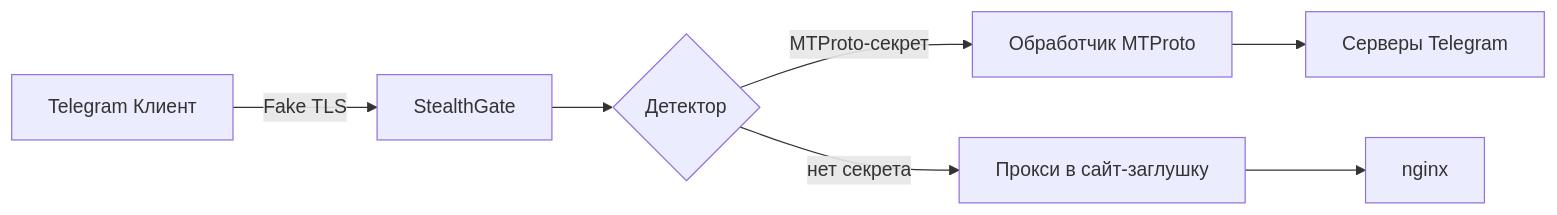
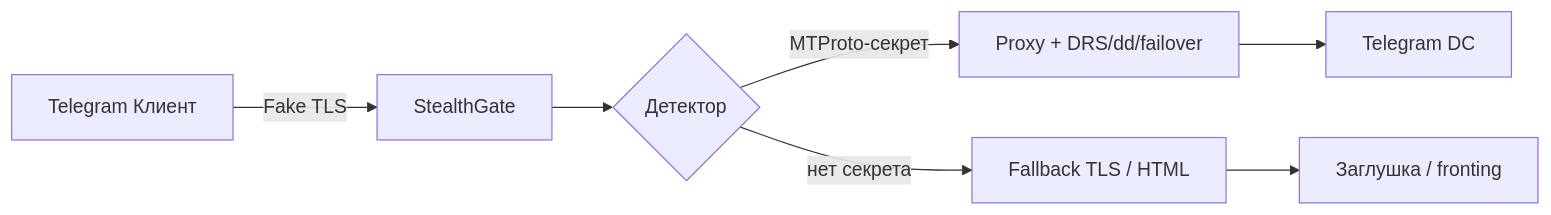
The first of 2 diagrams in README.md (RioTwWks/StealthGate), drawn with Mermaid before and after one commit. The commit also changed other lines of this file and 8 other files, not shown here.

````diff
--- a/README.md
+++ b/README.md
@@ -22,9 +45,9 @@
 ```mermaid
 flowchart LR
     A[Telegram Клиент] -->|Fake TLS| B[StealthGate]
     B --> C{Детектор}
-    C -->|MTProto-секрет| D[Обработчик MTProto]
-    C -->|нет секрета| E[Прокси в сайт-заглушку]
-    D --> F[Серверы Telegram]
-    E --> G[nginx]
+    C -->|MTProto-секрет| D[Proxy + DRS/dd/failover]
+    C -->|нет секрета| E[Fallback TLS / HTML]
+    D --> F[Telegram DC]
+    E --> G[Заглушка / fronting]
 ```
````
